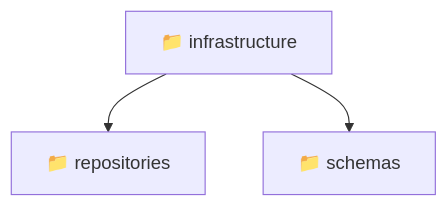
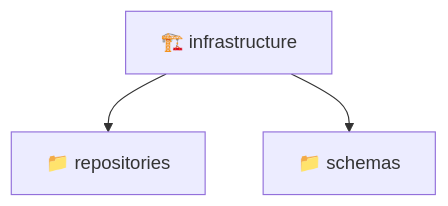
One commit to beginwebdev2002/fullstack-mavluda changed the diagram in backend/src/modules/admin-settings/infrastructure/README.md. Above: the diagram before and after it, drawn with Mermaid. The commit also changed other lines of this file and 165 other files, not shown here.

First line of the commit message:
docs: generate localized architectural READMEs

````diff
--- a/backend/src/modules/admin-settings/infrastructure/README.md
+++ b/backend/src/modules/admin-settings/infrastructure/README.md
@@ -10,6 +9,6 @@
 ```mermaid
 graph TD
-  Root["📁 infrastructure"]
-  Root --> repositories["📁 repositories"]
-  Root --> schemas["📁 schemas"]
+  infrastructure["🏗️ infrastructure"]
+  infrastructure --> repositories["📁 repositories"]
+  infrastructure --> schemas["📁 schemas"]
 ```
````
